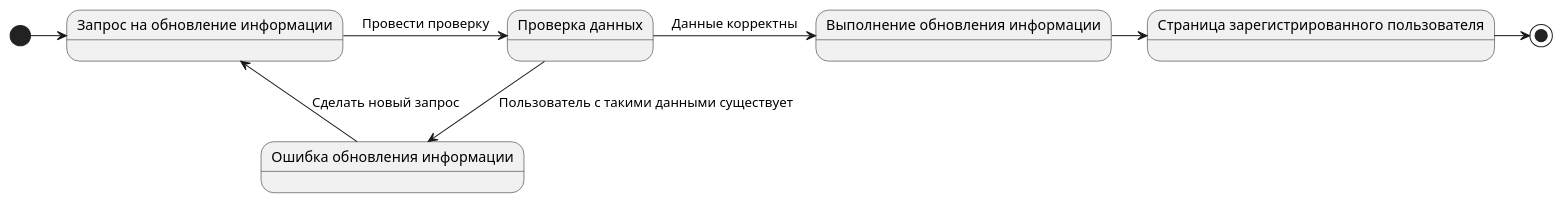
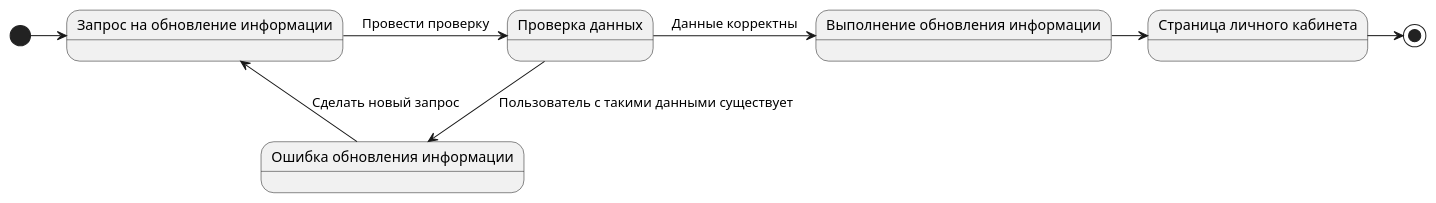
Before and after one commit to xlebec27/RGARMusic: the diagram in docs/diagrams/StateUpdateInformation.puml, drawn with PlantUML.

Commit message:
Final StateUpdateInformation

```diff
--- a/docs/diagrams/StateUpdateInformation.puml
+++ b/docs/diagrams/StateUpdateInformation.puml
@@ -1,14 +1,14 @@
 @startuml
 state "Запрос на обновление информации" as State1
 state "Проверка данных" as State2
 state "Ошибка обновления информации" as State3
 state "Выполнение обновления информации" as State4
-state "Страница зарегистрированного пользователя" as State5
+state "Страница личного кабинета" as State5
 [*] -right-> State1
 State1 -right->State2 :Провести проверку
 State2 -down-> State3 :Пользователь с такими данными существует
 State2 -right-> State4 :Данные корректны
 State3 --> State1 :Сделать новый запрос
 State4 -right-> State5
 State5 -right-> [*]
 @enduml
```
